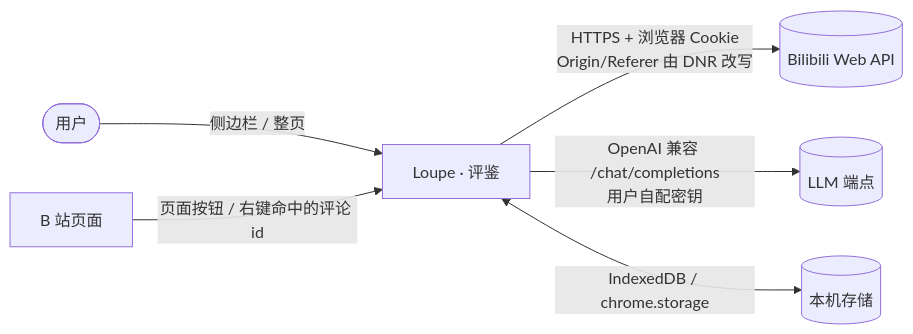
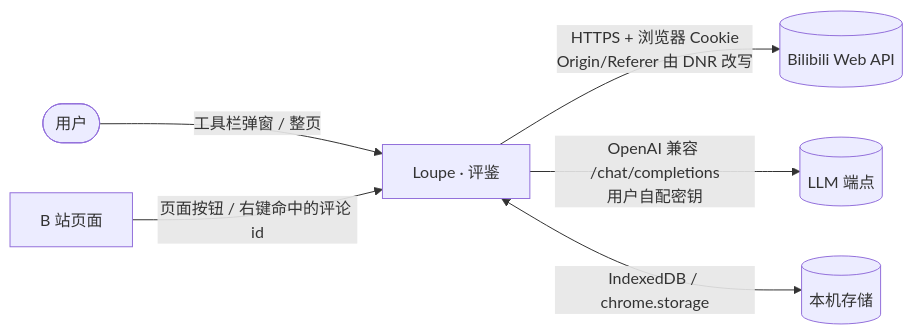
One commit to yabo083/BCCAVT changed the diagram in docs/architecture/01-context.md. Above: the diagram before and after it, drawn with Mermaid. The commit also changed other lines of this file and 143 other files, not shown here.

````diff
--- a/docs/architecture/01-context.md
+++ b/docs/architecture/01-context.md
@@ -5,8 +5,8 @@
 ```mermaid
 flowchart LR
-  user([用户]) -->|侧边栏 / 整页| ext[Loupe · 评鉴]
+  user([用户]) -->|工具栏弹窗 / 整页| ext[Loupe · 评鉴]
   ext -->|HTTPS + 浏览器 Cookie<br/>Origin/Referer 由 DNR 改写| bili[(Bilibili Web API)]
   ext -->|OpenAI 兼容 /chat/completions<br/>用户自配密钥| llm[(LLM 端点)]
   ext <-->|IndexedDB / chrome.storage| store[(本机存储)]
   page[B 站页面] -->|页面按钮 / 右键命中的评论 id| ext
 ```
````
